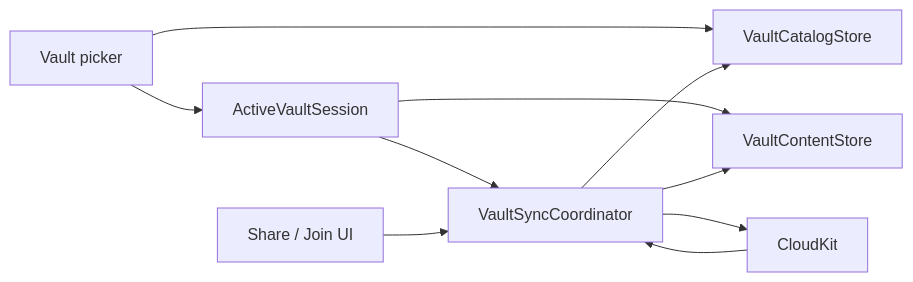
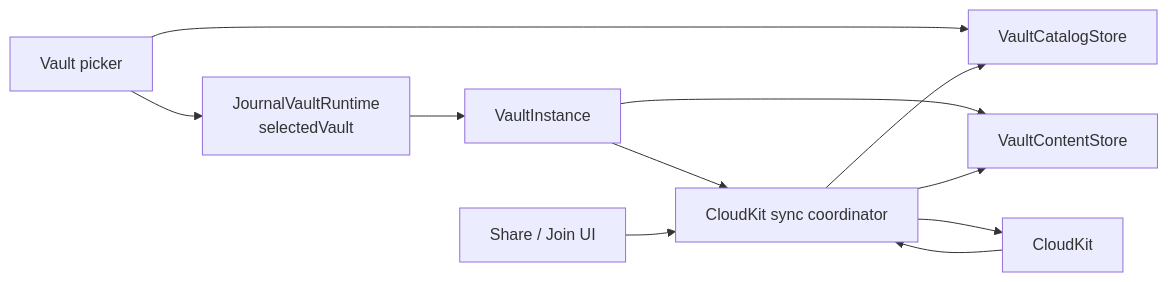
Before and after one commit to muukii/MuApps: the ninth of 9 diagrams in Apps/Journal/docs/VAULT_SYNC_DESIGN.md, drawn with Mermaid. The commit also changed other lines of this file and 68 other files, not shown here.

Commit message:
Rework Journal around vault runtime

````diff
--- a/Apps/Journal/docs/VAULT_SYNC_DESIGN.md
+++ b/Apps/Journal/docs/VAULT_SYNC_DESIGN.md
@@ -551,20 +707,22 @@
 ```mermaid
 flowchart LR
   Picker["Vault picker"]
   Catalog["VaultCatalogStore"]
-  Active["ActiveVaultSession"]
+  Runtime["JournalVaultRuntime<br/>selectedVault"]
+  Instance["VaultInstance"]
   Content["VaultContentStore"]
-  Sync["VaultSyncCoordinator"]
+  Sync["CloudKit sync coordinator"]
   ShareUI["Share / Join UI"]
   CloudKit["CloudKit"]
 
   Picker --> Catalog
-  Picker --> Active
-  Active --> Content
-  Active --> Sync
+  Picker --> Runtime
+  Runtime --> Instance
+  Instance --> Content
+  Instance --> Sync
   ShareUI --> Sync
   Sync --> Catalog
   Sync --> CloudKit
   CloudKit --> Sync
   Sync --> Content
 ```
````
